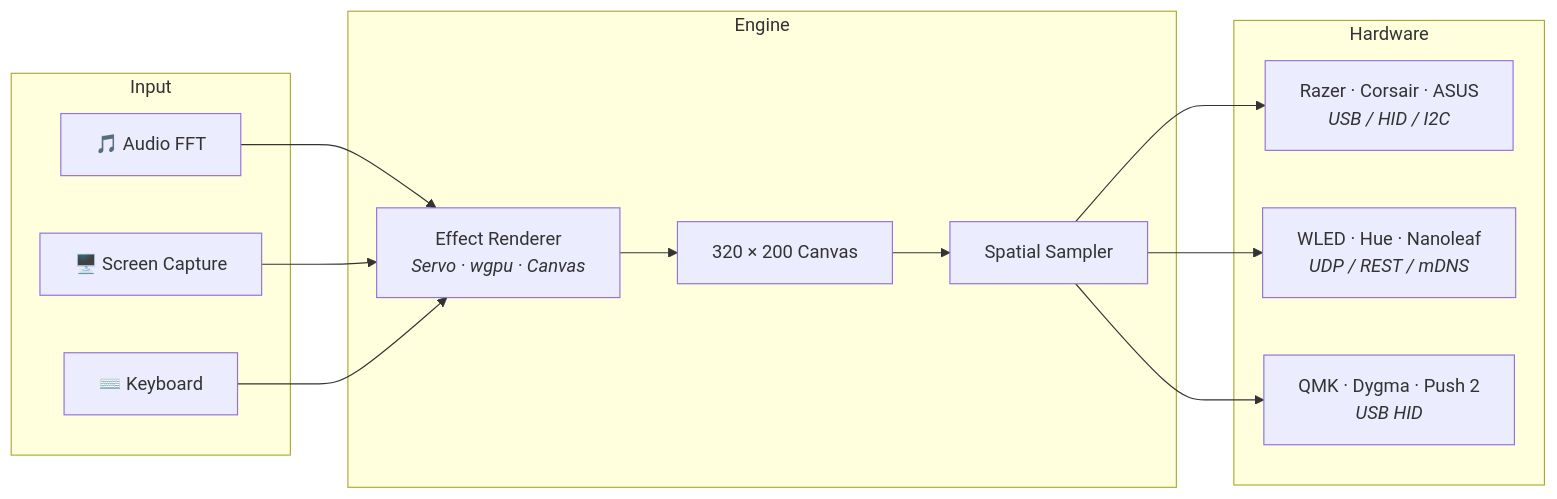
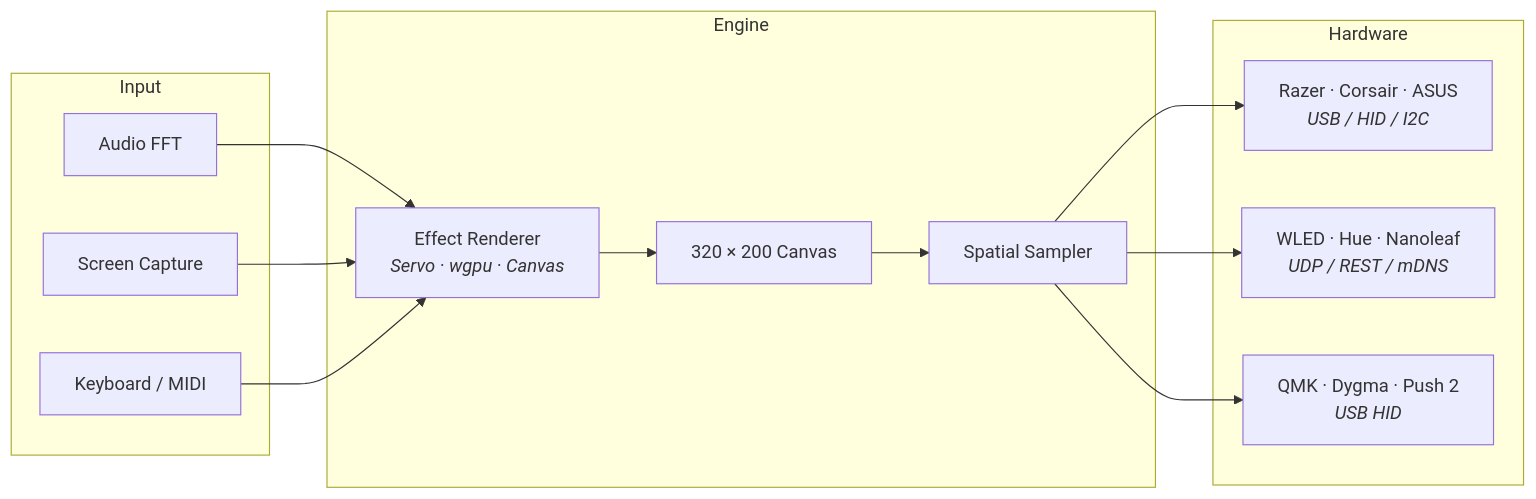
Before and after one commit to hyperb1iss/hypercolor: the first of 2 diagrams in README.md, drawn with Mermaid. The commit also changed other lines of this file, not shown here.

First line of the commit message:
docs(readme): remove emoji from diagrams, expand architecture for nerds

````diff
--- a/README.md
+++ b/README.md
@@ -57,24 +57,24 @@
 ```mermaid
 graph LR
     subgraph Input
-        A[🎵 Audio FFT]
-        B[🖥️ Screen Capture]
-        C[⌨️ Keyboard]
+        A[Audio FFT]
+        B[Screen Capture]
+        C[Keyboard / MIDI]
     end
 
     subgraph Engine
         D[Effect Renderer<br><i>Servo · wgpu · Canvas</i>]
         E[320 × 200 Canvas]
         F[Spatial Sampler]
     end
 
     subgraph Hardware
         G[Razer · Corsair · ASUS<br><i>USB / HID / I2C</i>]
         H[WLED · Hue · Nanoleaf<br><i>UDP / REST / mDNS</i>]
         I[QMK · Dygma · Push 2<br><i>USB HID</i>]
     end
 
     A & B & C --> D
     D --> E --> F
     F --> G & H & I
 ```
````
